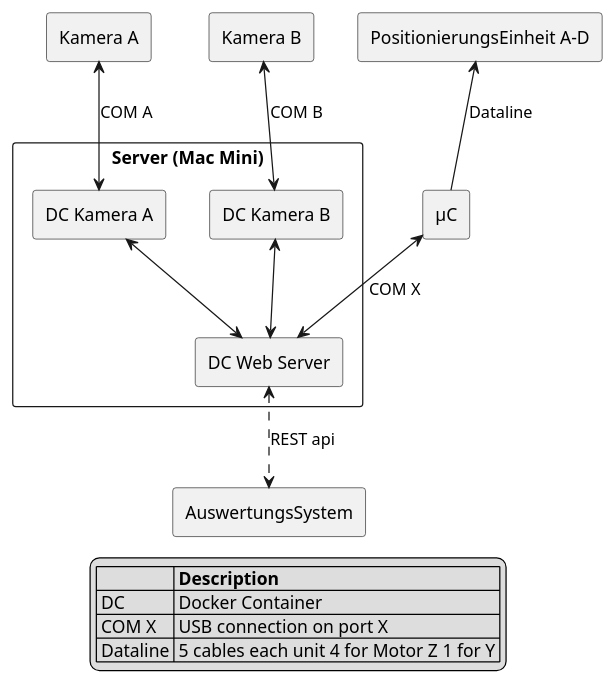
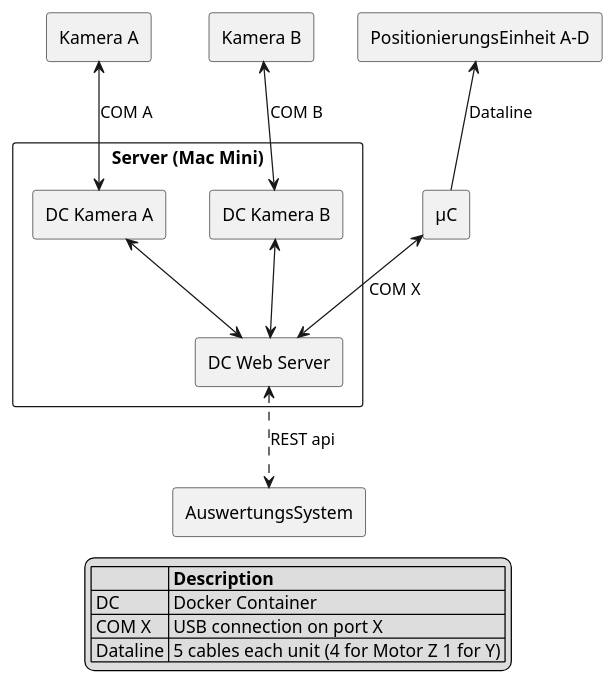
Before and after one commit to Nr44suessauer/I-Scan: the first of 3 diagrams in docs/diagrams/Architecture_Diagramm.puml, drawn with PlantUML. The commit also changed other lines of this file and 2 other files, not shown here.

```diff
--- a/docs/diagrams/Architecture_Diagramm.puml
+++ b/docs/diagrams/Architecture_Diagramm.puml
@@ -3,39 +3,39 @@
 @startuml SystemArchitecture V1.0
 skinparam packageStyle rect
 skinparam componentStyle rectangle
 
 package "AuswertungsSystem" {
 
 
 }
 
 package "Server (Mac Mini)" {
     [DC Kamera B] <--> [DC Web Server]
     [DC Kamera A] <--> [DC Web Server]
     [DC Web Server] <..> [AuswertungsSystem]:REST api
 }
 
 package "Kamera A" {
     [Kamera A] <--> [DC Kamera A]: COM A
 }
 
 package "Kamera B" {
     [Kamera B] <--> [DC Kamera B]: COM B
 }
 
 package "µC" {
   [µC] <--> [DC Web Server]: COM X 
 }
 
 package "PositionierungsEinheit A-D" {
   [PositionierungsEinheit A-D] <-- [µC]: Dataline 
 }
 
 legend
     |=  |= Description |
     | DC| Docker Container |
     | COM X | USB connection on port X |
-    | Dataline | 5 cables each unit 4 for Motor Z 1 for Y |
+    | Dataline | 5 cables each unit (4 for Motor Z 1 for Y) |
 endlegend
 
 @enduml 
```
